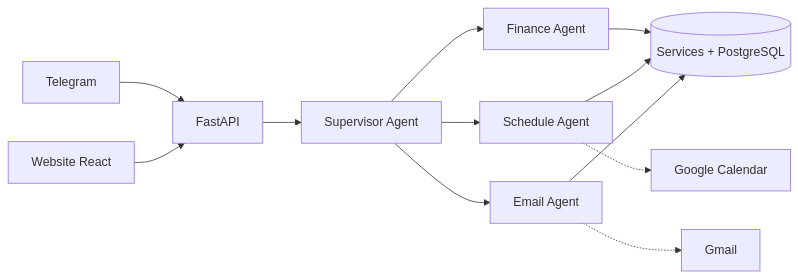
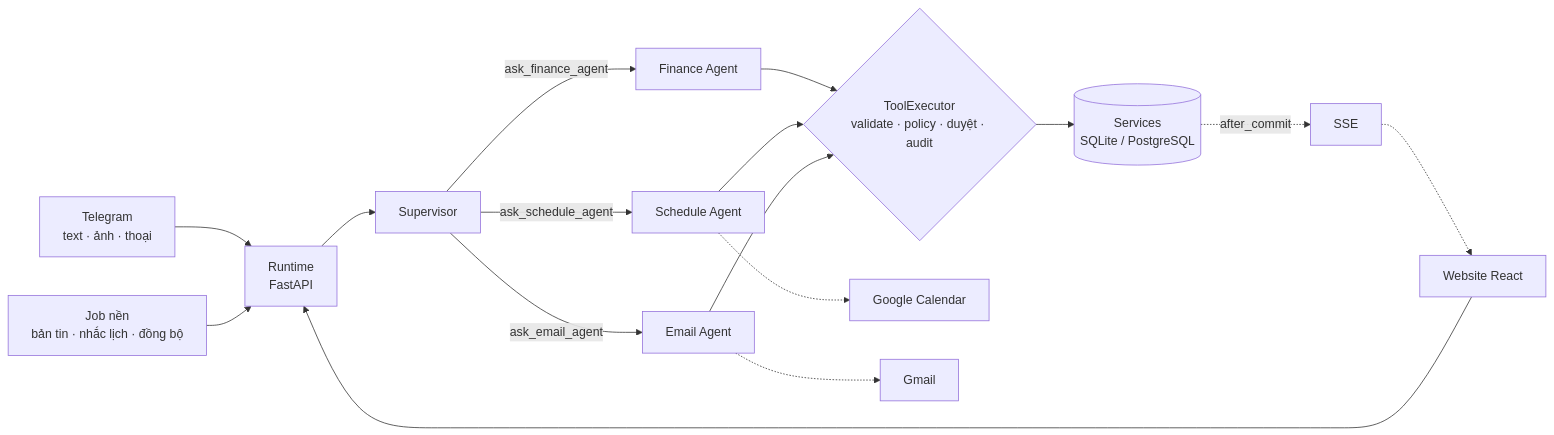
The diagram in README.md (khoazocute/ai-agent-assistant), drawn with Mermaid before and after one commit. The commit also changed other lines of this file and 19 other files, not shown here.

First line of the commit message:
feat: bước 20 — Docker, PostgreSQL, Telegram webhook, CI mở rộng, runbook, playbook

````diff
--- a/README.md
+++ b/README.md
@@ -31,14 +33,17 @@
 ```mermaid
 flowchart LR
-    TG[Telegram] --> API[FastAPI]
-    WEB[Website React] --> API
-    API --> SUP[Supervisor Agent]
-    SUP --> FIN[Finance Agent]
-    SUP --> SCH[Schedule Agent]
-    SUP --> EML[Email Agent]
-    FIN --> SVC[(Services + PostgreSQL)]
-    SCH --> SVC
-    EML --> SVC
+    TG[Telegram<br/>text · ảnh · thoại] --> RT[Runtime<br/>FastAPI]
+    WEB[Website React] --> RT
+    JOB[Job nền<br/>bản tin · nhắc lịch · đồng bộ] --> RT
+    RT --> SUP[Supervisor]
+    SUP -->|ask_finance_agent| FIN[Finance Agent]
+    SUP -->|ask_schedule_agent| SCH[Schedule Agent]
+    SUP -->|ask_email_agent| EML[Email Agent]
+    FIN --> EX{ToolExecutor<br/>validate · policy · duyệt · audit}
+    SCH --> EX
+    EML --> EX
+    EX --> SVC[(Services<br/>SQLite / PostgreSQL)]
+    SVC -.after_commit.-> SSE[SSE] -.-> WEB
     SCH -.-> GCAL[Google Calendar]
     EML -.-> GMAIL[Gmail]
 ```
````
